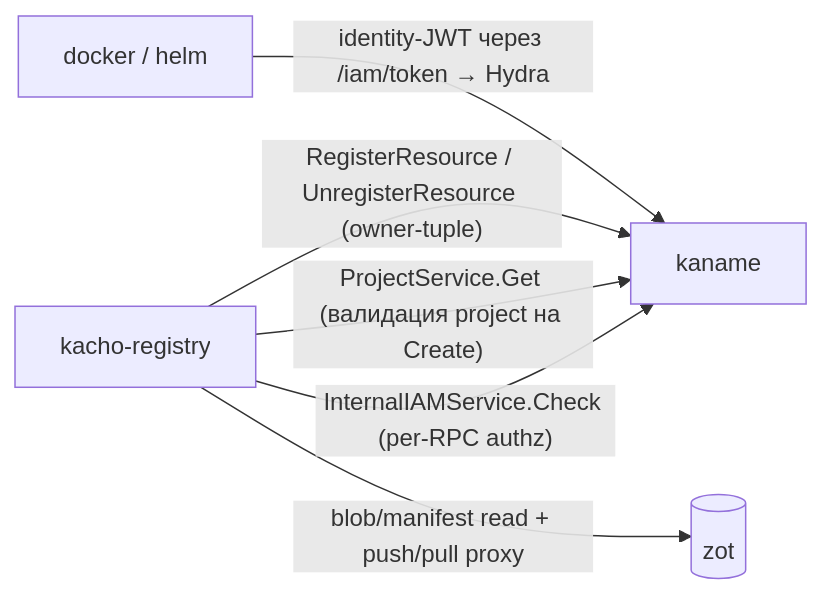
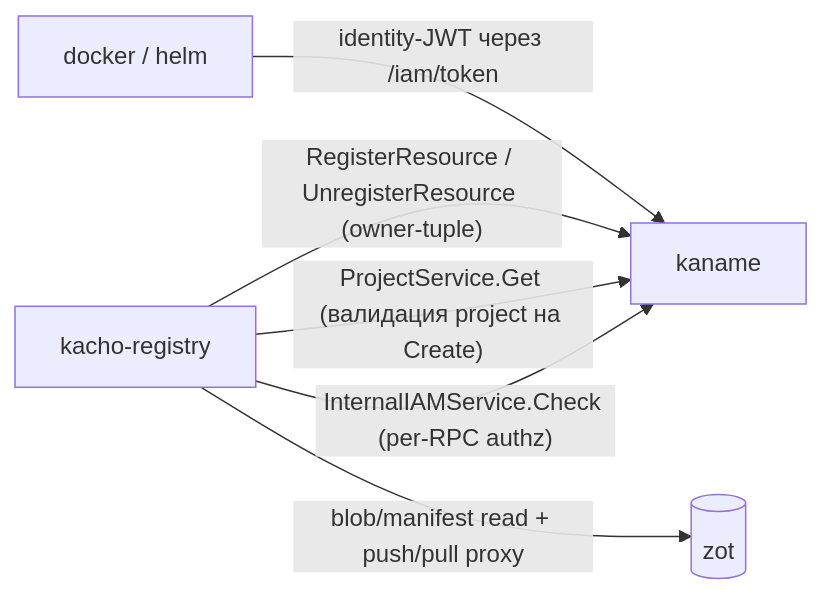
The fourth of 4 diagrams in services/registry/docs/content/architecture/overview.mdx (PRO-Robotech/kacho), drawn with Mermaid before and after one commit. The commit also changed 140 other files, not shown here.

````diff
--- a/services/registry/docs/content/architecture/overview.mdx
+++ b/services/registry/docs/content/architecture/overview.mdx
@@ -173,8 +173,8 @@
 ```mermaid
 flowchart LR
   reg["kacho-registry"] -->|"InternalIAMService.Check (per-RPC authz)"| iam["kaname"]
   reg -->|"ProjectService.Get (валидация project на Create)"| iam
   reg -->|"RegisterResource / UnregisterResource (owner-tuple)"| iam
   reg -->|"blob/manifest read + push/pull proxy"| zot[("zot")]
-  docker["docker / helm"] -->|"identity-JWT через /iam/token → Hydra"| iam
+  docker["docker / helm"] -->|"identity-JWT через /iam/token"| iam
 ```
````
